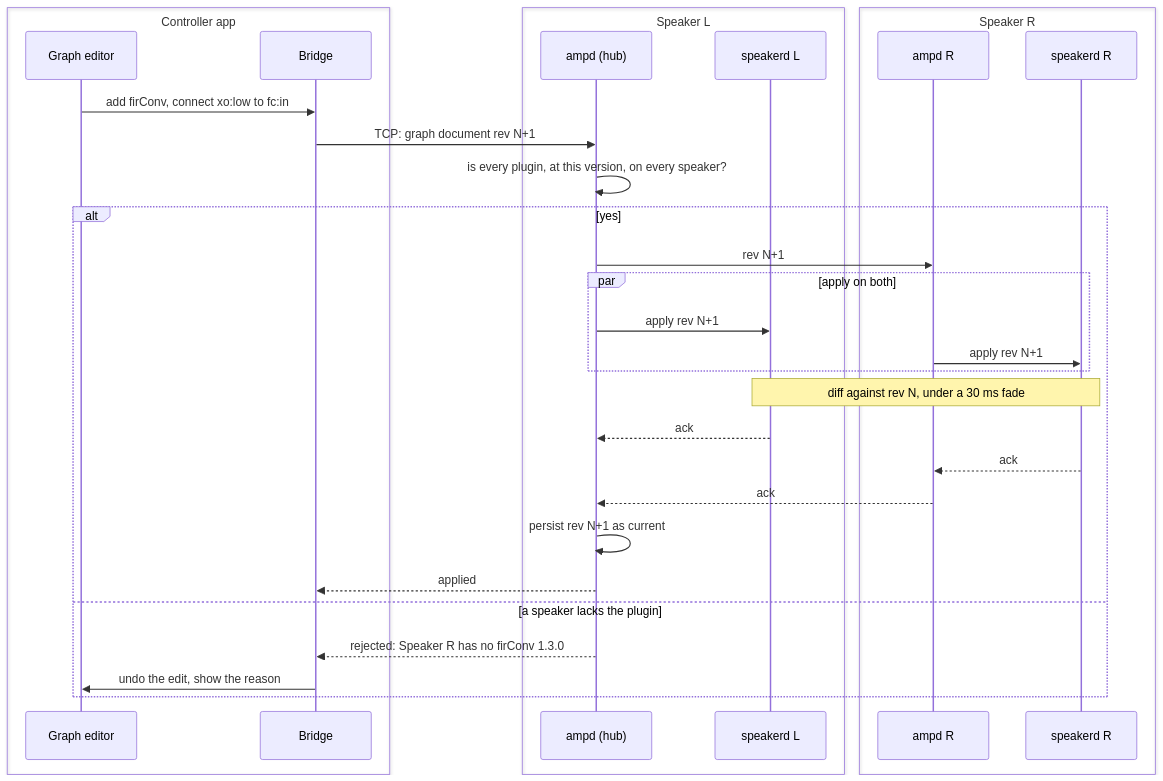
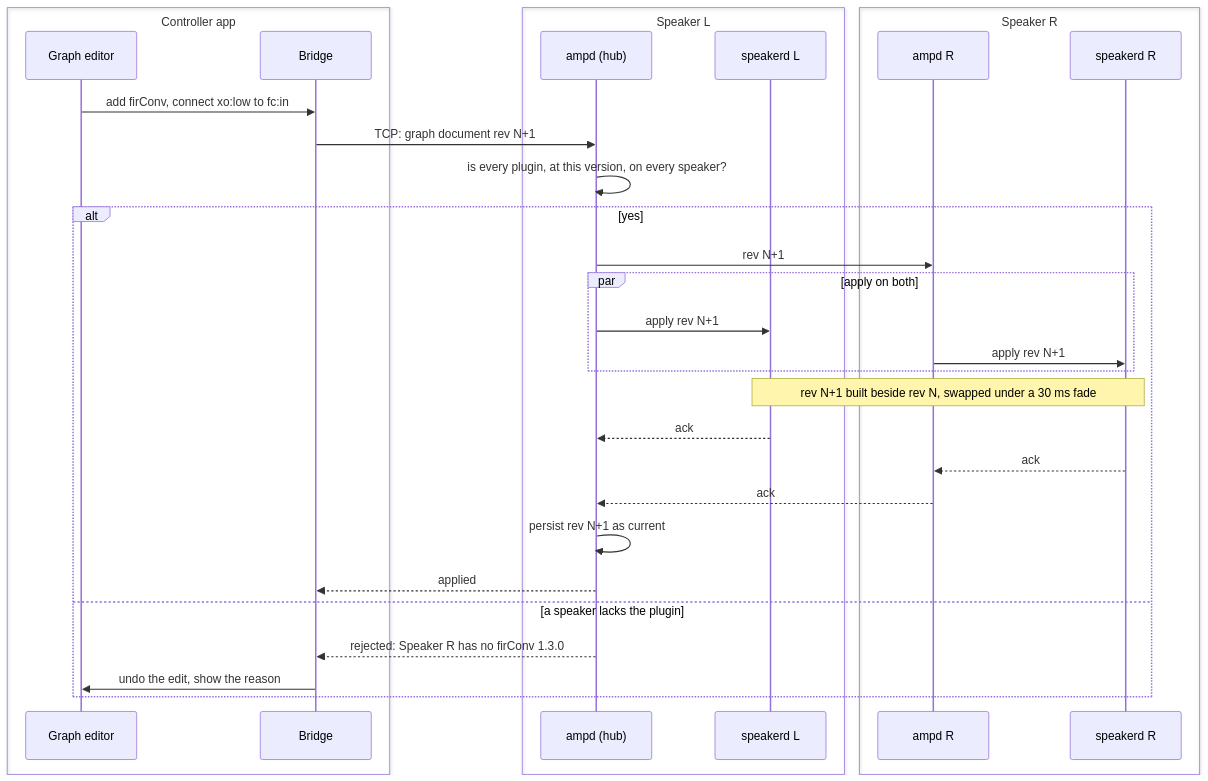
Before and after one commit to AMuszkat/bpi_amp_platform: the sixth of 12 diagrams in docs/remote-plugin-host.md, drawn with Mermaid. The commit also changed other lines of this file and 14 other files, not shown here.

````diff
--- a/docs/remote-plugin-host.md
+++ b/docs/remote-plugin-host.md
@@ -372,34 +386,34 @@
 ```mermaid
 sequenceDiagram
     box Controller app
         participant G as Graph editor
         participant B as Bridge
     end
     box Speaker L
         participant H as ampd (hub)
         participant SL as speakerd L
     end
     box Speaker R
         participant AR as ampd R
         participant SR as speakerd R
     end
     G->>B: add firConv, connect xo:low to fc:in
     B->>H: TCP: graph document rev N+1
     H->>H: is every plugin, at this version, on every speaker?
     alt yes
         H->>AR: rev N+1
         par apply on both
             H->>SL: apply rev N+1
             AR->>SR: apply rev N+1
         end
-        Note over SL,SR: diff against rev N, under a 30 ms fade
+        Note over SL,SR: rev N+1 built beside rev N, swapped under a 30 ms fade
         SL-->>H: ack
         SR-->>AR: ack
         AR-->>H: ack
         H->>H: persist rev N+1 as current
         H-->>B: applied
     else a speaker lacks the plugin
         H-->>B: rejected: Speaker R has no firConv 1.3.0
         B->>G: undo the edit, show the reason
     end
 ```
````
